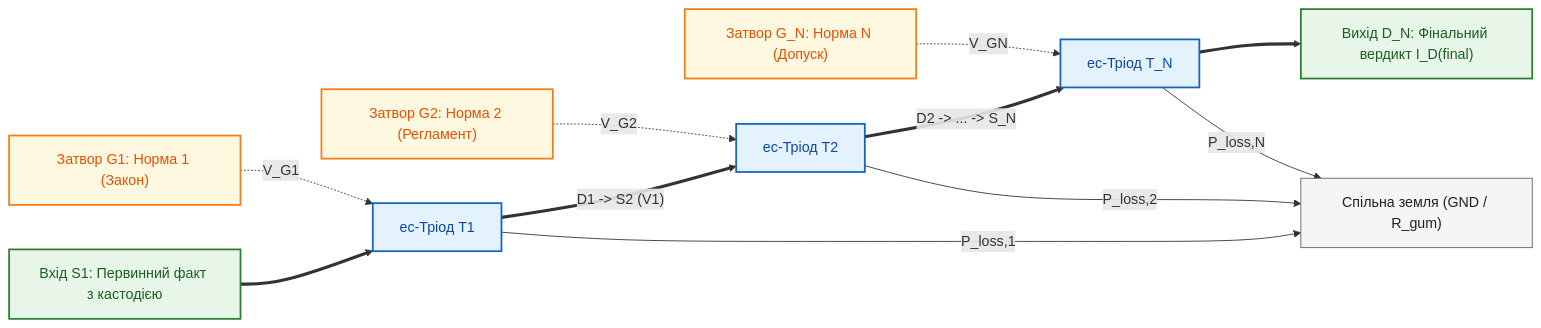
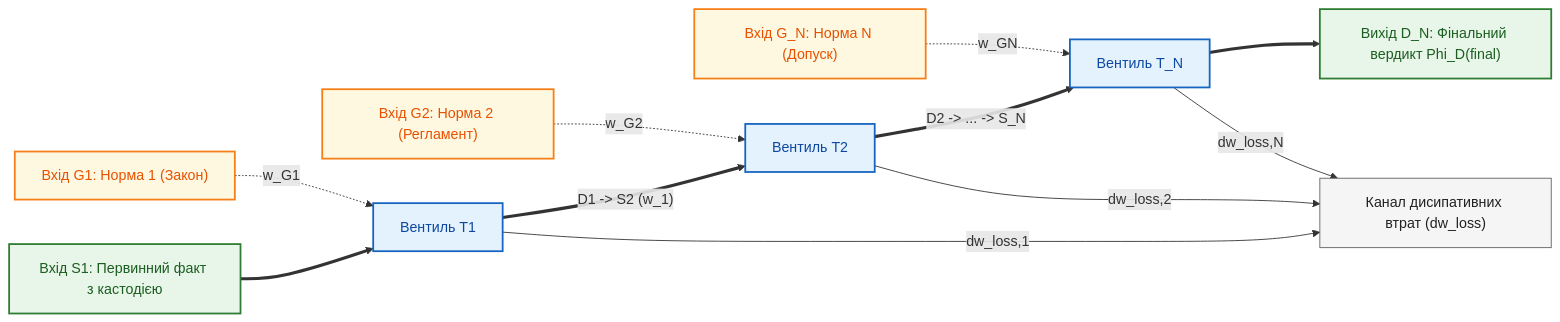
Before and after one commit to nick-fedchik/articles: the first of 2 diagrams in Epistemic_Circuit_Theory/ch07-multi-stage-cascades-and-linear-complexity.md, drawn with Mermaid. The commit also changed other lines of this file and 10 other files, not shown here.

````diff
--- a/Epistemic_Circuit_Theory/ch07-multi-stage-cascades-and-linear-complexity.md
+++ b/Epistemic_Circuit_Theory/ch07-multi-stage-cascades-and-linear-complexity.md
@@ -53,36 +51,36 @@
 ```mermaid
 flowchart LR
-    accTitle: Послідовний дедуктивний каскад із N епістемічних тріодів
-    accDescr: Стік кожного попереднього тріода T_k живить витік наступного тріода T_{k+1}, а затвори G_1..G_N контролюють чинність норм на кожному кроці.
+    accTitle: Рисунок 7.1. Послідовний дедуктивний каскад із N тритермінальних деонтичних вентилів
+    accDescr: Вихід кожного попереднього вентиля T_k подається на інформаційний вхід наступного вентиля T_{k+1}, а керуючі входи G_1..G_N контролюють чинність норм на кожному кроці.
 
     S1["Вхід S1: Первинний факт з кастодією"]
-    G1["Затвор G1: Норма 1 (Закон)"]
-    T1["ес-Тріод T1"]
-    G2["Затвор G2: Норма 2 (Регламент)"]
-    T2["ес-Тріод T2"]
-    GN["Затвор G_N: Норма N (Допуск)"]
-    TN["ес-Тріод T_N"]
-    Out["Вихід D_N: Фінальний вердикт I_D(final)"]
-    GND["Спільна земля (GND / R_gum)"]
+    G1["Вхід G1: Норма 1 (Закон)"]
+    T1["Вентиль T1"]
+    G2["Вхід G2: Норма 2 (Регламент)"]
+    T2["Вентиль T2"]
+    GN["Вхід G_N: Норма N (Допуск)"]
+    TN["Вентиль T_N"]
+    Out["Вихід D_N: Фінальний вердикт Phi_D(final)"]
+    GND["Канал дисипативних втрат (dw_loss)"]
 
     S1 ==> T1
-    G1 -.->|"V_G1"| T1
-    T1 ==>|"D1 -> S2 (V1)"| T2
-    G2 -.->|"V_G2"| T2
+    G1 -.->|"w_G1"| T1
+    T1 ==>|"D1 -> S2 (w_1)"| T2
+    G2 -.->|"w_G2"| T2
     T2 ==>|"D2 -> ... -> S_N"| TN
-    GN -.->|"V_GN"| TN
+    GN -.->|"w_GN"| TN
     TN ==> Out
 
-    T1 -->|"P_loss,1"| GND
-    T2 -->|"P_loss,2"| GND
-    TN -->|"P_loss,N"| GND
+    T1 -->|"dw_loss,1"| GND
+    T2 -->|"dw_loss,2"| GND
+    TN -->|"dw_loss,N"| GND
 
     classDef source fill:#e8f5e9,stroke:#2e7d32,stroke-width:2px,color:#1b5e20;
     classDef gate fill:#fff8e1,stroke:#f57f17,stroke-width:2px,color:#e65100;
     classDef triode fill:#e3f2fd,stroke:#1565c0,stroke-width:2px,color:#0d47a1;
     classDef gnd fill:#f5f5f5,stroke:#616161,stroke-width:1px,color:#212121;
     class S1,Out source;
     class G1,G2,GN gate;
     class T1,T2,TN triode;
     class GND gnd;
 ```
````
